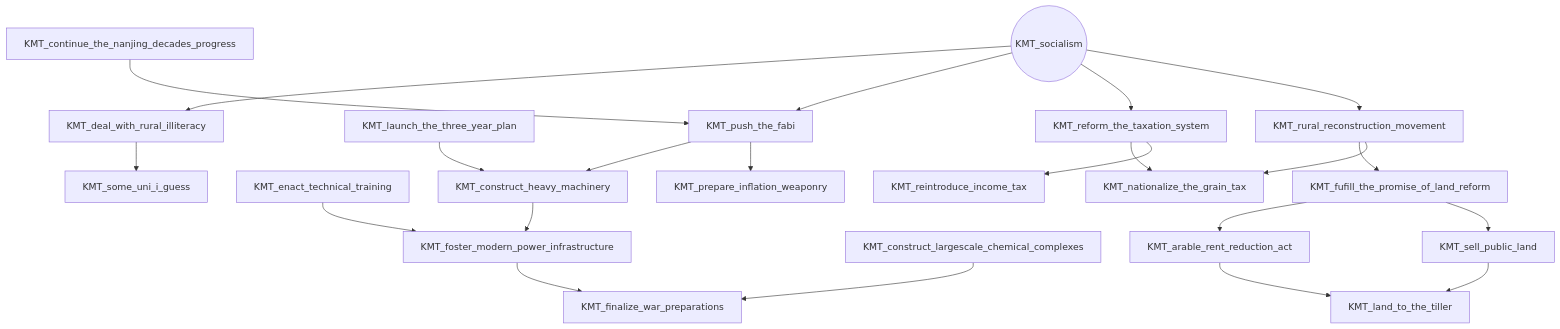
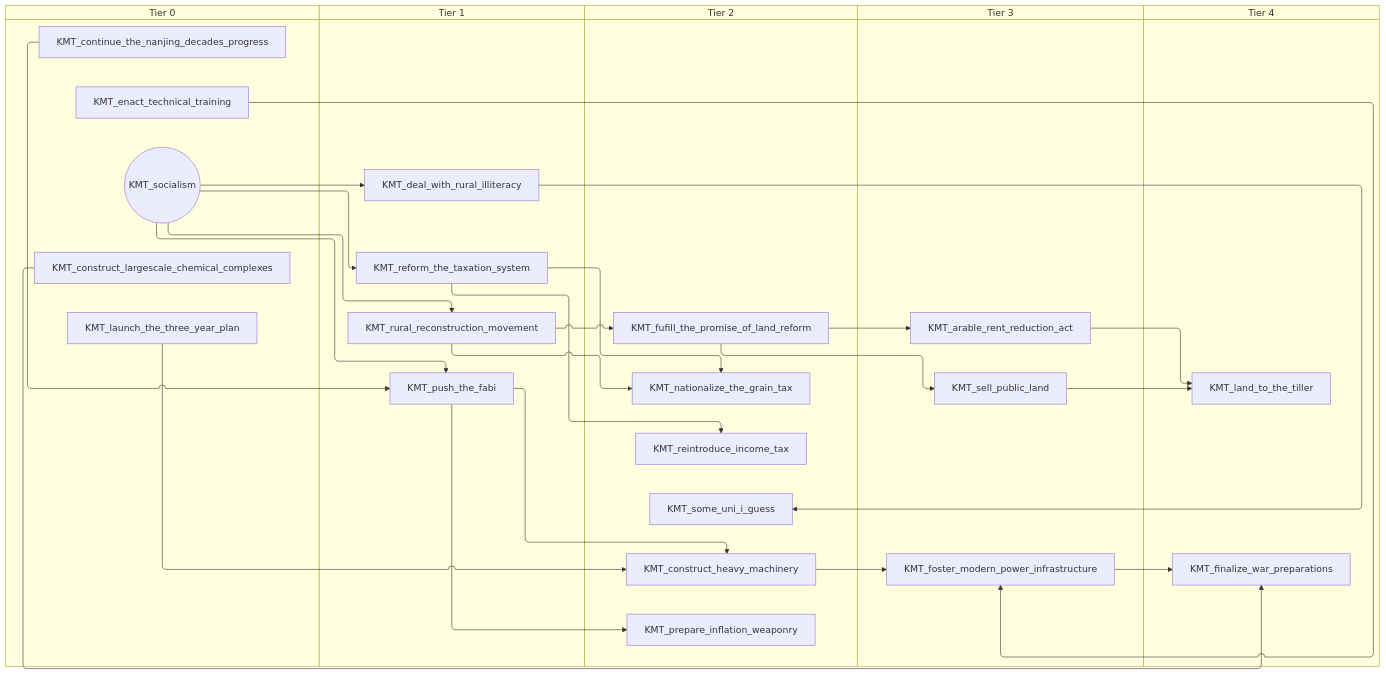
One commit to evgeny-sobol/hoi4-sandbox-mode-r56 changed the fifth of 6 diagrams in docs/gdd/National Focuses/china_nationalist.md. Above: the diagram before and after it, drawn with Mermaid. The commit also changed other lines of this file and 423 other files, not shown here.

First line of the commit message:
Re-export Rt56 focus trees as swimlane diagrams

````diff
--- a/docs/gdd/National Focuses/china_nationalist.md
+++ b/docs/gdd/National Focuses/china_nationalist.md
@@ -504,44 +564,54 @@
 ```mermaid
-flowchart TD
-    n198["KMT_arable_rent_reduction_act"]
-    n6["KMT_construct_heavy_machinery"]
-    n7["KMT_construct_largescale_chemical_complexes"]
-    n8["KMT_continue_the_nanjing_decades_progress"]
-    n199["KMT_deal_with_rural_illiteracy"]
-    n9["KMT_enact_technical_training"]
-    n12["KMT_finalize_war_preparations"]
-    n13["KMT_foster_modern_power_infrastructure"]
-    n200["KMT_fufill_the_promise_of_land_reform"]
-    n201["KMT_land_to_the_tiller"]
-    n16["KMT_launch_the_three_year_plan"]
-    n202["KMT_nationalize_the_grain_tax"]
-    n17["KMT_prepare_inflation_weaponry"]
-    n19["KMT_push_the_fabi"]
-    n203["KMT_reform_the_taxation_system"]
-    n204["KMT_reintroduce_income_tax"]
-    n205["KMT_rural_reconstruction_movement"]
-    n206["KMT_sell_public_land"]
-    n22(("KMT_socialism"))
-    n207["KMT_some_uni_i_guess"]
-    n200 --> n198
-    n16 --> n6
-    n19 --> n6
-    n22 --> n199
-    n13 --> n12
+swimlane-beta TD
+    subgraph tier_0["Tier 0"]
+        n21["KMT_construct_largescale_chemical_complexes"]
+        n1["KMT_continue_the_nanjing_decades_progress"]
+        n13["KMT_enact_technical_training"]
+        n6["KMT_launch_the_three_year_plan"]
+        n2(("KMT_socialism"))
+    end
+    subgraph tier_1["Tier 1"]
+        n198["KMT_deal_with_rural_illiteracy"]
+        n7["KMT_push_the_fabi"]
+        n199["KMT_reform_the_taxation_system"]
+        n200["KMT_rural_reconstruction_movement"]
+    end
+    subgraph tier_2["Tier 2"]
+        n12["KMT_construct_heavy_machinery"]
+        n201["KMT_fufill_the_promise_of_land_reform"]
+        n202["KMT_nationalize_the_grain_tax"]
+        n16["KMT_prepare_inflation_weaponry"]
+        n203["KMT_reintroduce_income_tax"]
+        n204["KMT_some_uni_i_guess"]
+    end
+    subgraph tier_3["Tier 3"]
+        n205["KMT_arable_rent_reduction_act"]
+        n22["KMT_foster_modern_power_infrastructure"]
+        n206["KMT_sell_public_land"]
+    end
+    subgraph tier_4["Tier 4"]
+        n23["KMT_finalize_war_preparations"]
+        n207["KMT_land_to_the_tiller"]
+    end
+    n201 --> n205
+    n6 --> n12
     n7 --> n12
-    n9 --> n13
-    n6 --> n13
-    n205 --> n200
-    n198 --> n201
-    n206 --> n201
-    n203 --> n202
-    n205 --> n202
-    n19 --> n17
-    n22 --> n19
-    n8 --> n19
-    n22 --> n203
-    n203 --> n204
-    n22 --> n205
-    n200 --> n206
-    n199 --> n207
+    n2 --> n198
+    n22 --> n23
+    n21 --> n23
+    n13 --> n22
+    n12 --> n22
+    n200 --> n201
+    n205 --> n207
+    n206 --> n207
+    n199 --> n202
+    n200 --> n202
+    n7 --> n16
+    n2 --> n7
+    n1 --> n7
+    n2 --> n199
+    n199 --> n203
+    n2 --> n200
+    n201 --> n206
+    n198 --> n204
 ```
````
